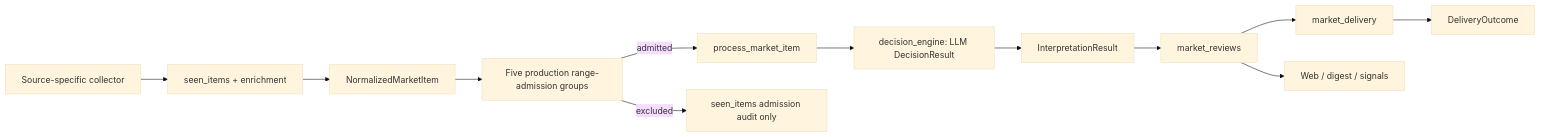
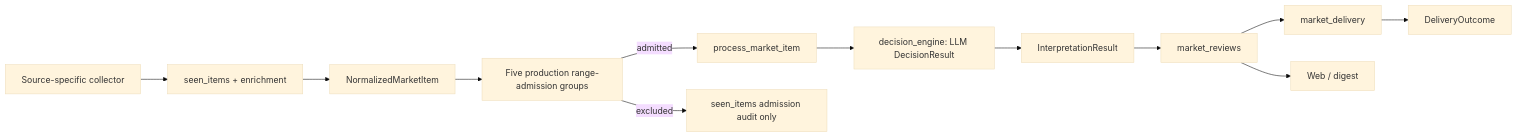
The diagram in docs/architecture-flow.md (Stayfoool/MarketPulseWire), drawn with Mermaid (base theme) before and after one commit. The commit also changed other lines of this file and 97 other files, not shown here.

````diff
--- a/docs/architecture-flow.md
+++ b/docs/architecture-flow.md
@@ -23,14 +23,14 @@
 ```mermaid
 flowchart LR
     Source["Source-specific collector"] --> Enrichment["seen_items + enrichment"]
     Enrichment --> Item["NormalizedMarketItem"]
     Item --> Admission["Five production range-admission groups"]
     Admission -->|admitted| Runtime["process_market_item"]
     Admission -->|excluded| Seen["seen_items admission audit only"]
     Runtime --> Decision["decision_engine: LLM DecisionResult"]
     Decision --> Interpretation["InterpretationResult"]
     Interpretation --> Store["market_reviews"]
     Store --> Delivery["market_delivery"]
-    Store --> View["Web / digest / signals"]
+    Store --> View["Web / digest"]
     Delivery --> Outcome["DeliveryOutcome"]
 ```
````
